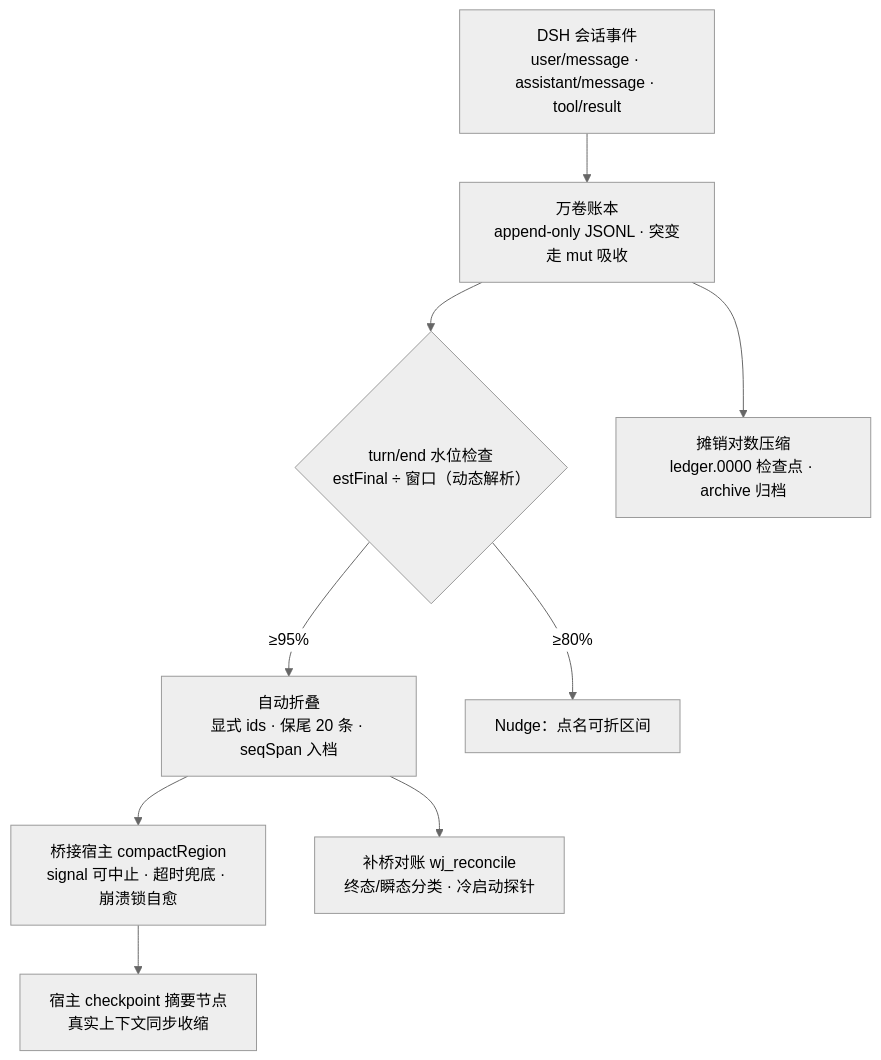
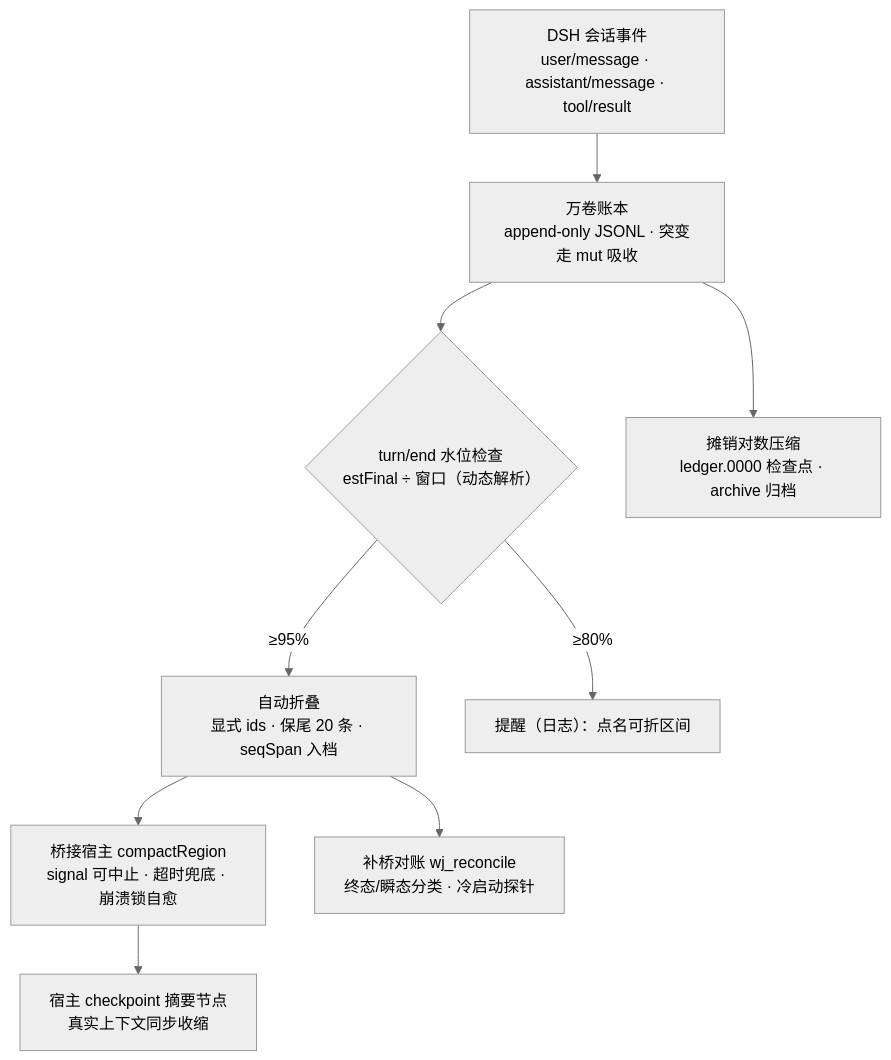
Before and after one commit to 05shizuku/wanjuan: the diagram in README.md, drawn with Mermaid (neutral theme). The commit also changed other lines of this file and 6 other files, not shown here.

````diff
--- a/README.md
+++ b/README.md
@@ -9,11 +9,11 @@
 ```mermaid
 flowchart TB
     A["DSH 会话事件<br/>user/message · assistant/message · tool/result"] --> B["万卷账本<br/>append-only JSONL · 突变走 mut 吸收"]
     B --> C{"turn/end 水位检查<br/>estFinal ÷ 窗口（动态解析）"}
     C -- "≥95%" --> D["自动折叠<br/>显式 ids · 保尾 20 条 · seqSpan 入档"]
-    C -- "≥80%" --> E["Nudge：点名可折区间"]
+    C -- "≥80%" --> E["提醒（日志）：点名可折区间"]
     D --> F["桥接宿主 compactRegion<br/>signal 可中止 · 超时兜底 · 崩溃锁自愈"]
     F --> G["宿主 checkpoint 摘要节点<br/>真实上下文同步收缩"]
     D --> H["补桥对账 wj_reconcile<br/>终态/瞬态分类 · 冷启动探针"]
     B --> I["摊销对数压缩<br/>ledger.0000 检查点 · archive 归档"]
 ```
````
